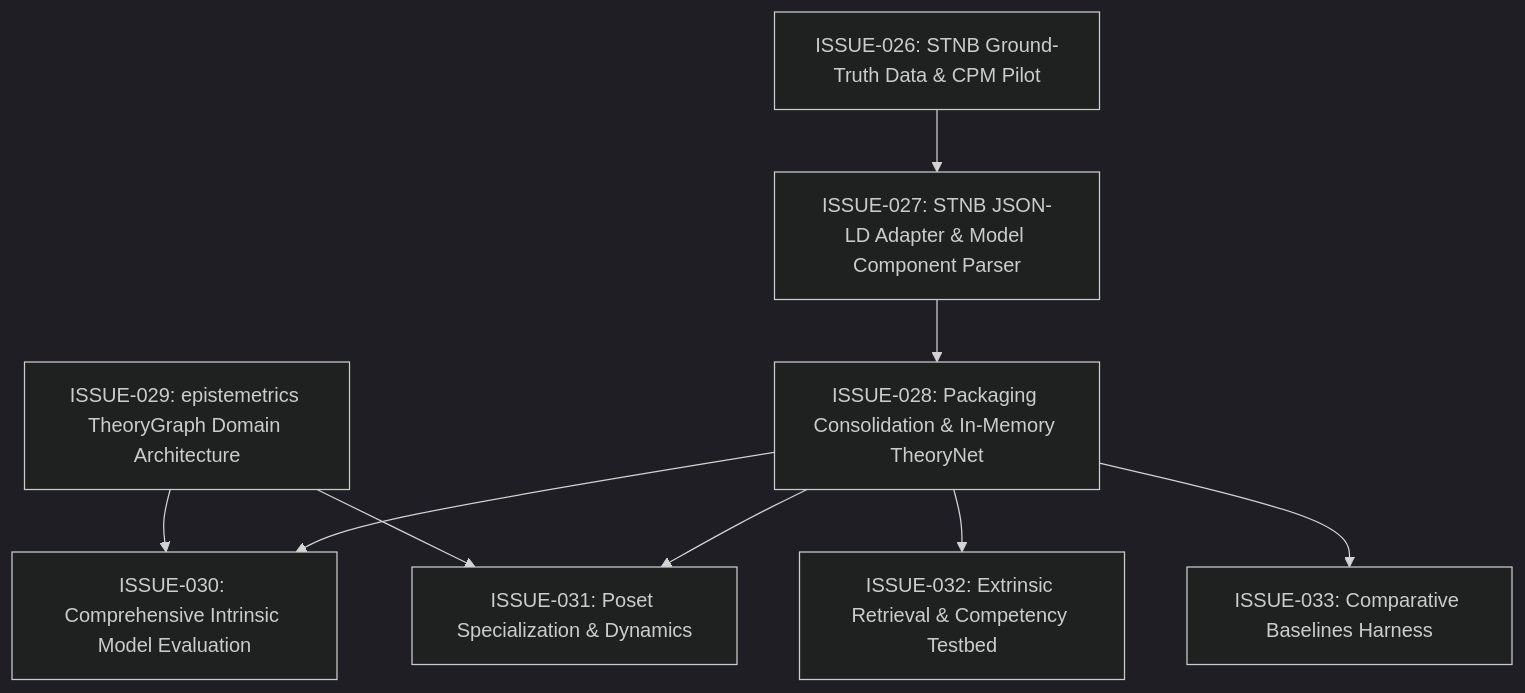
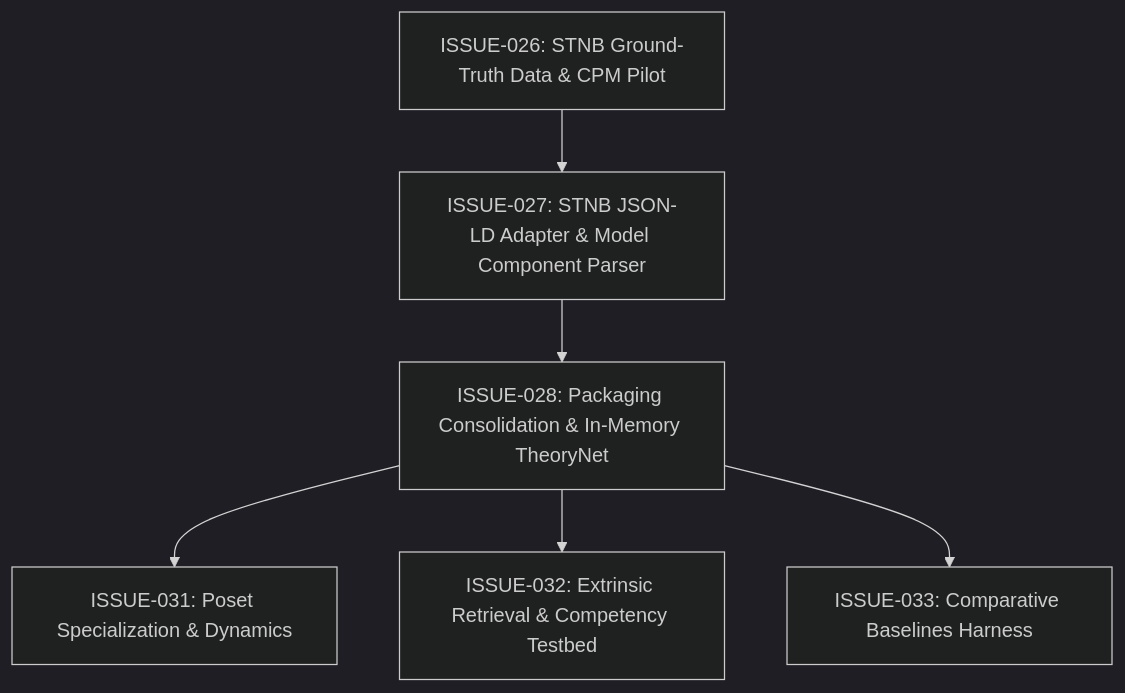
One commit to maxoehm/episteme changed the diagram in issues/09-stnb-evaluation-capabilities/README.md. Above: the diagram before and after it, drawn with Mermaid (dark theme). The commit also changed other lines of this file and 15 other files, not shown here.

````diff
--- a/issues/09-stnb-evaluation-capabilities/README.md
+++ b/issues/09-stnb-evaluation-capabilities/README.md
@@ -26,11 +33,8 @@
 ```mermaid
 flowchart TD
     I026["ISSUE-026: STNB Ground-Truth Data & CPM Pilot"] --> I027["ISSUE-027: STNB JSON-LD Adapter & Model Component Parser"]
-    I029["ISSUE-029: epistemetrics TheoryGraph Domain Architecture"] --> I030["ISSUE-030: Comprehensive Intrinsic Model Evaluation"]
-    I029 --> I031["ISSUE-031: Poset Specialization & Dynamics"]
     I027 --> I028["ISSUE-028: Packaging Consolidation & In-Memory TheoryNet"]
-    I028 --> I030
-    I028 --> I031
+    I028 --> I031["ISSUE-031: Poset Specialization & Dynamics"]
     I028 --> I032["ISSUE-032: Extrinsic Retrieval & Competency Testbed"]
     I028 --> I033["ISSUE-033: Comparative Baselines Harness"]
 ```
````
